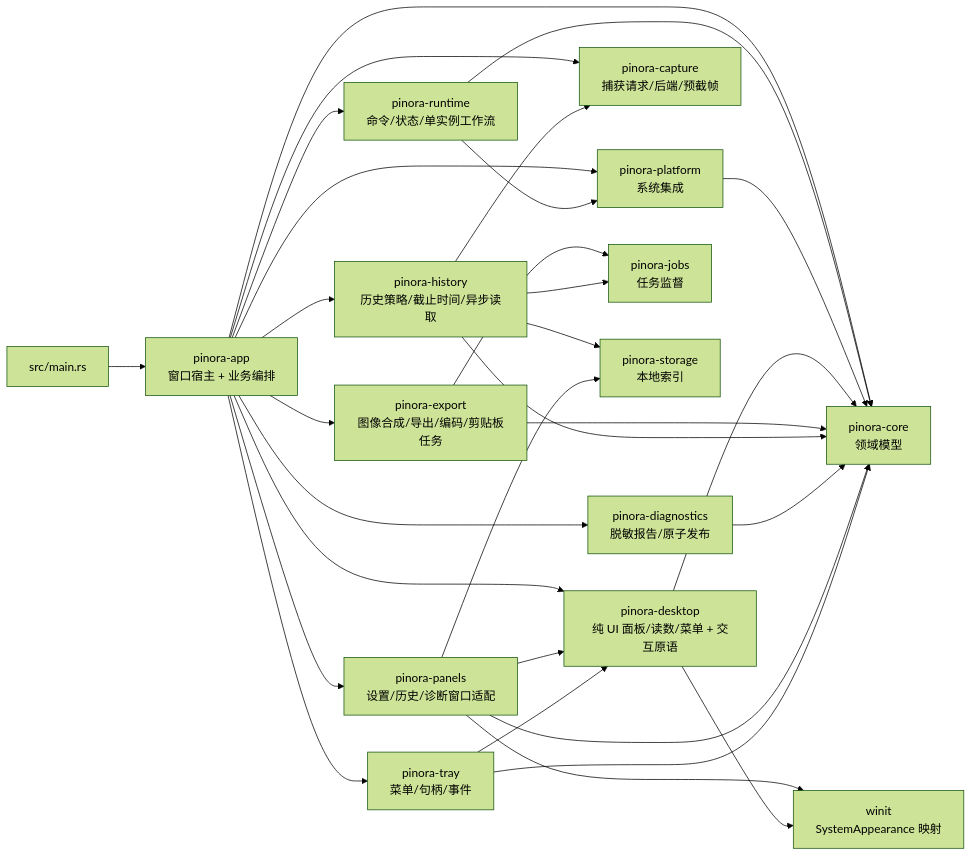
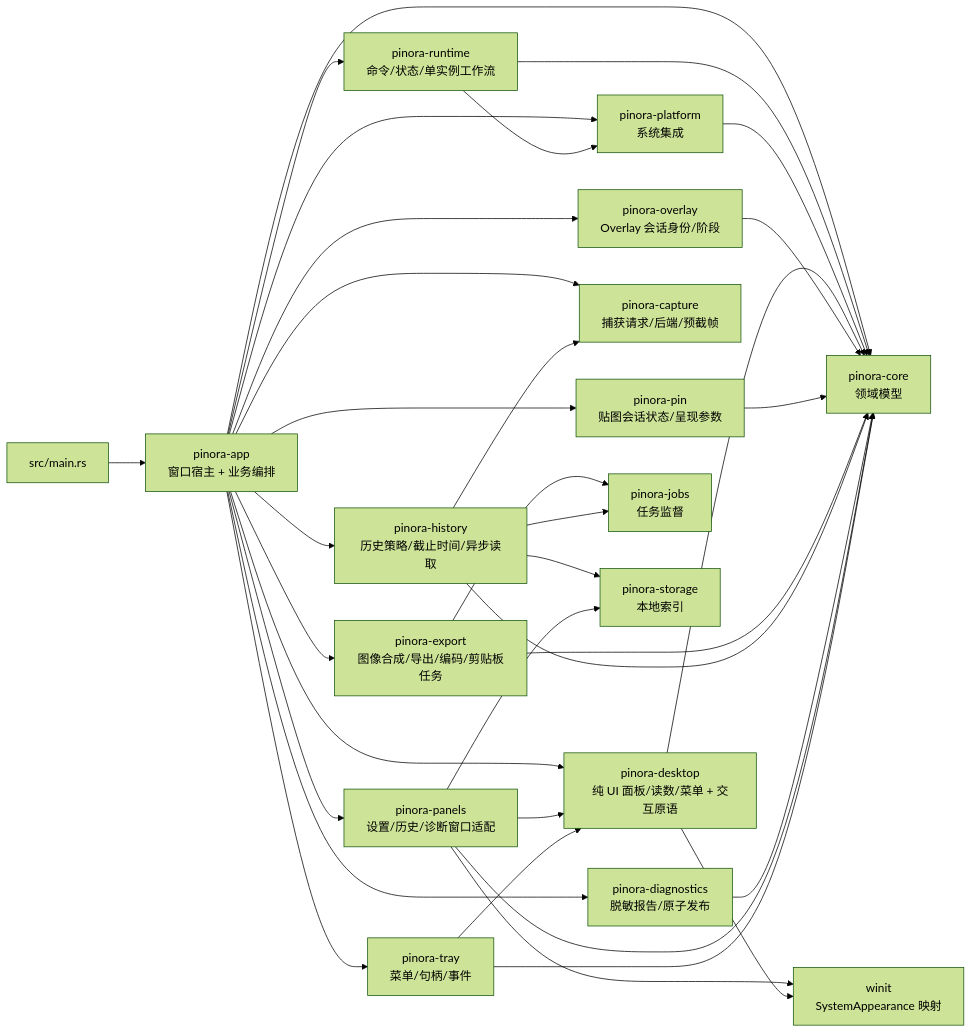
The diagram in .context/system/conventions.md (yhyzgn/pinora), drawn with Mermaid (forest theme) before and after one commit. The commit also changed other lines of this file and 13 other files, not shown here.

````diff
--- a/.context/system/conventions.md
+++ b/.context/system/conventions.md
@@ -18,32 +18,36 @@
 ```mermaid
 graph LR
     Main["src/main.rs"] --> App["pinora-app\n窗口宿主 + 业务编排"]
     App --> Runtime["pinora-runtime\n命令/状态/单实例工作流"]
     App --> Platform["pinora-platform\n系统集成"]
     App --> Desktop["pinora-desktop\n纯 UI 面板/读数/菜单 + 交互原语"]
+    App --> Overlay["pinora-overlay\nOverlay 会话身份/阶段"]
+    App --> Pin["pinora-pin\n贴图会话状态/呈现参数"]
     App --> Capture["pinora-capture\n捕获请求/后端/预截帧"]
     App --> Export["pinora-export\n图像合成/导出/编码/剪贴板任务"]
     App --> History["pinora-history\n历史策略/截止时间/异步读取"]
     App --> Diagnostics["pinora-diagnostics\n脱敏报告/原子发布"]
     App --> Panels["pinora-panels\n设置/历史/诊断窗口适配"]
     App --> Tray["pinora-tray\n菜单/句柄/事件"]
     App --> Core["pinora-core\n领域模型"]
     Runtime --> Core
     Runtime --> Platform
     Platform --> Core
     Desktop --> Core
+    Overlay --> Core
+    Pin --> Core
     Export --> Core
     Export --> Jobs["pinora-jobs\n任务监督"]
     History --> Core
     History --> Storage["pinora-storage\n本地索引"]
     History --> Capture
     History --> Jobs
     Diagnostics --> Core
     Panels --> Desktop
     Panels --> Storage
     Panels --> Core
     Panels --> Winit["winit + softbuffer\n窗口/Surface"]
     Tray --> Core
     Tray --> Desktop
     Desktop --> Winit["winit\nSystemAppearance 映射"]
 ```
````
